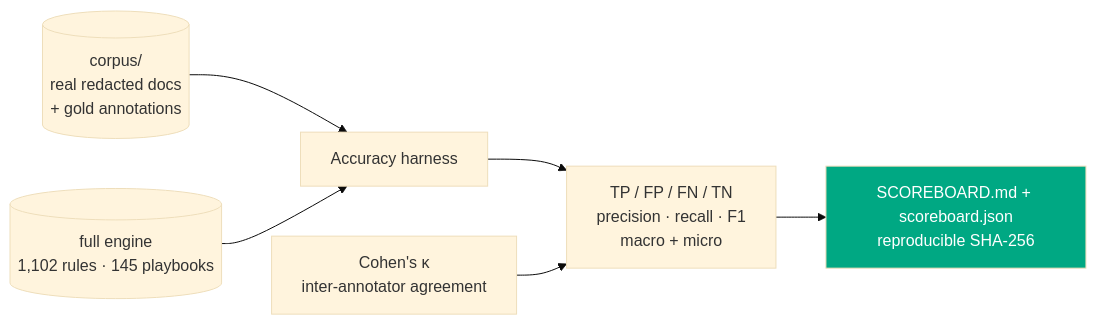
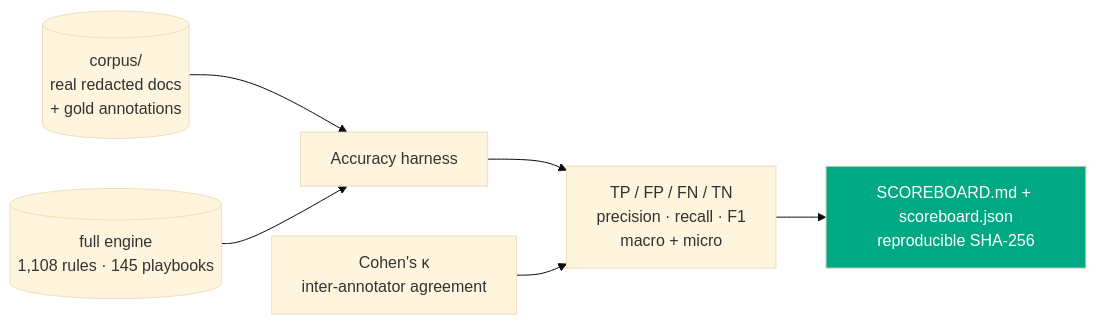
One commit to clay-good/vaulytica changed the seventh of 11 diagrams in README.md. Above: the diagram before and after it, drawn with Mermaid (base theme). The commit also changed other lines of this file and 108 other files, not shown here.

````diff
--- a/README.md
+++ b/README.md
@@ -1204,9 +1204,9 @@
 ```mermaid
 flowchart LR
   C[(corpus/<br/>real redacted docs<br/>+ gold annotations)] --> H[Accuracy harness]
-  R[(full engine<br/>1,102 rules · 145 playbooks)] --> H
+  R[(full engine<br/>1,108 rules · 145 playbooks)] --> H
   H --> M[TP / FP / FN / TN<br/>precision · recall · F1<br/>macro + micro]
   M --> S[SCOREBOARD.md + scoreboard.json<br/>reproducible SHA-256]
   K[Cohen's κ<br/>inter-annotator agreement] --> M
   style S fill:#00A883,color:#fff
 ```
````
